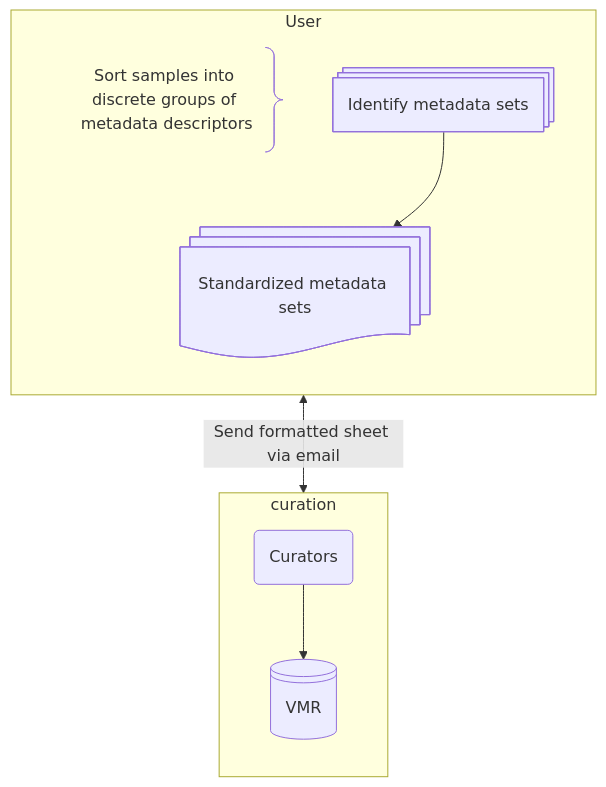
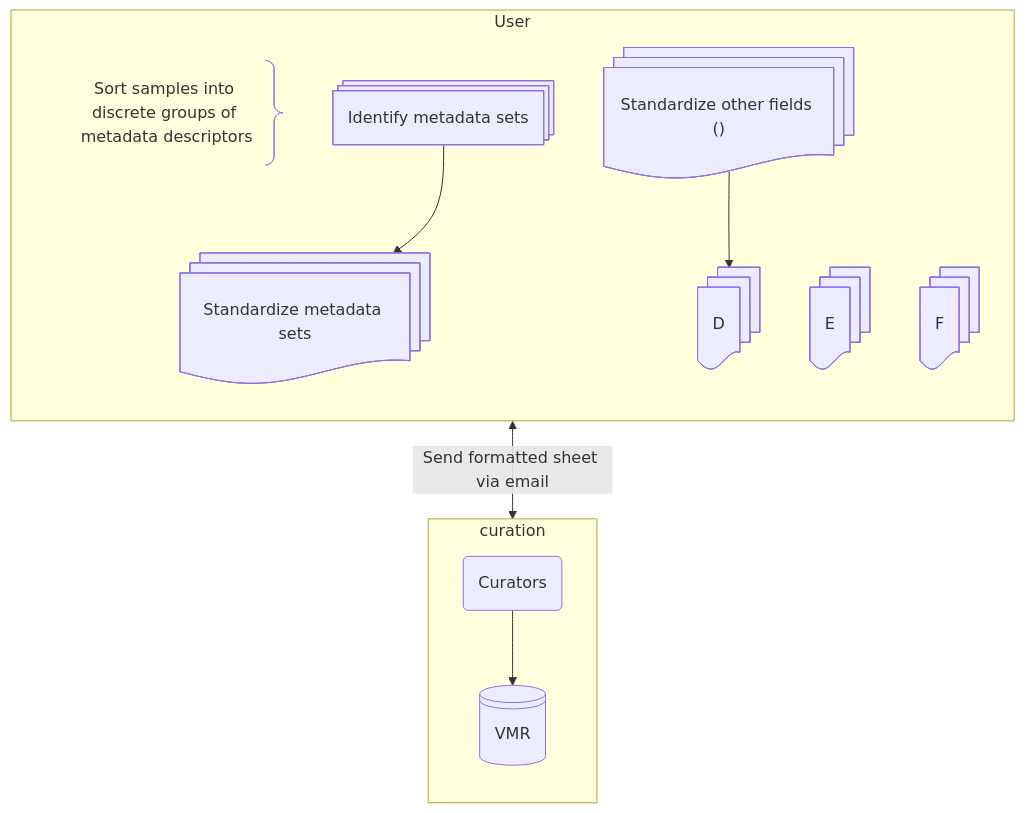
Before and after one commit to grdi-amr/docs-and-SOPs: the second of 2 diagrams in metadata_standards_sop.md, drawn with Mermaid. The commit also changed other lines of this file, not shown here.

````diff
--- a/metadata_standards_sop.md
+++ b/metadata_standards_sop.md
@@ -107,23 +123,27 @@
 ```mermaid
 
 graph TD;
 
 subgraph User
     direction TB
     A_note@{ shape: brace-r, label: "Sort samples into discrete groups of metadata descriptors"}
     A_note ~~~ B
     A@{ shape: processes, label: "Identify metadata sets"}
-    B@{ shape: docs, label: "Standardized metadata sets"}
+    B@{ shape: docs, label: "Standardize metadata sets"}
     A --> B
+    C@{ shape: docs, label: "Standardize other fields ()"} -->
+    D@{ shape: docs, "Relate samples to metadata sets" }
+    E@{ shape: docs, "Standardize sequence metadata" }
+    F@{ shape: docs, "AST data" }
 end
 
 subgraph curation
     direction TB
     curators@{ shape: rounded, label: "Curators"}
     vmr@{ shape: lin-cyl, label: "VMR" }
     curators --> vmr
 end
 
 B <-- "Send formatted sheet via email" --> curators
 
 ```
````
